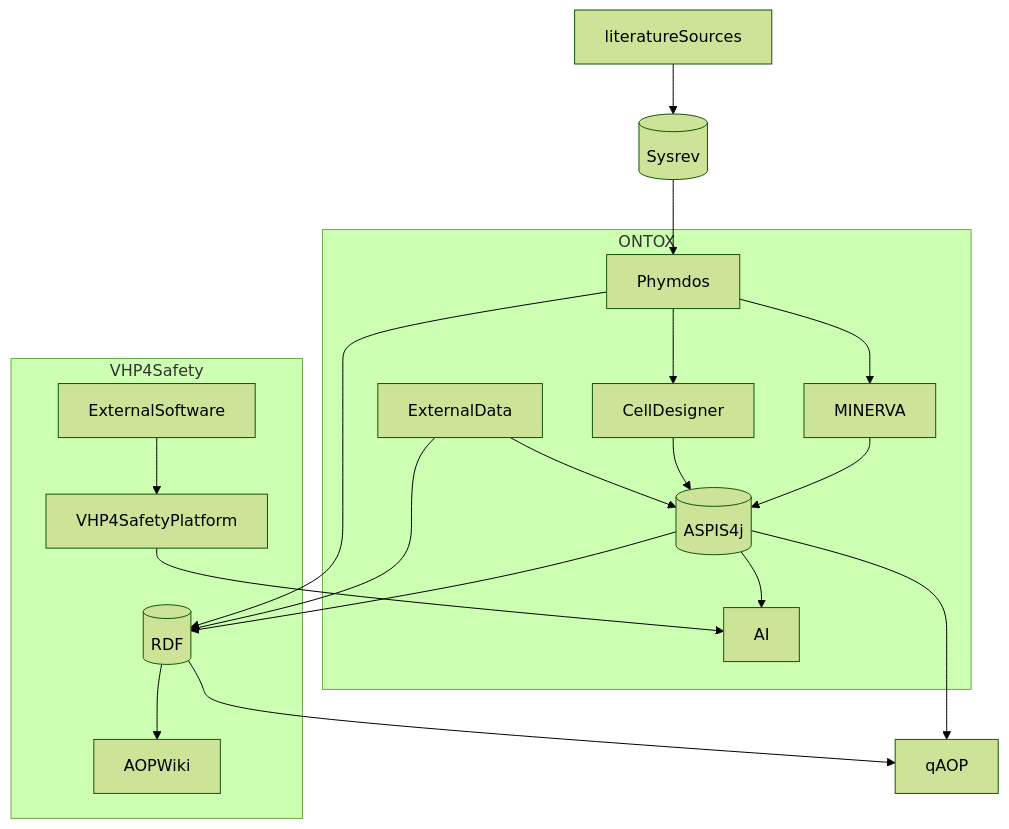
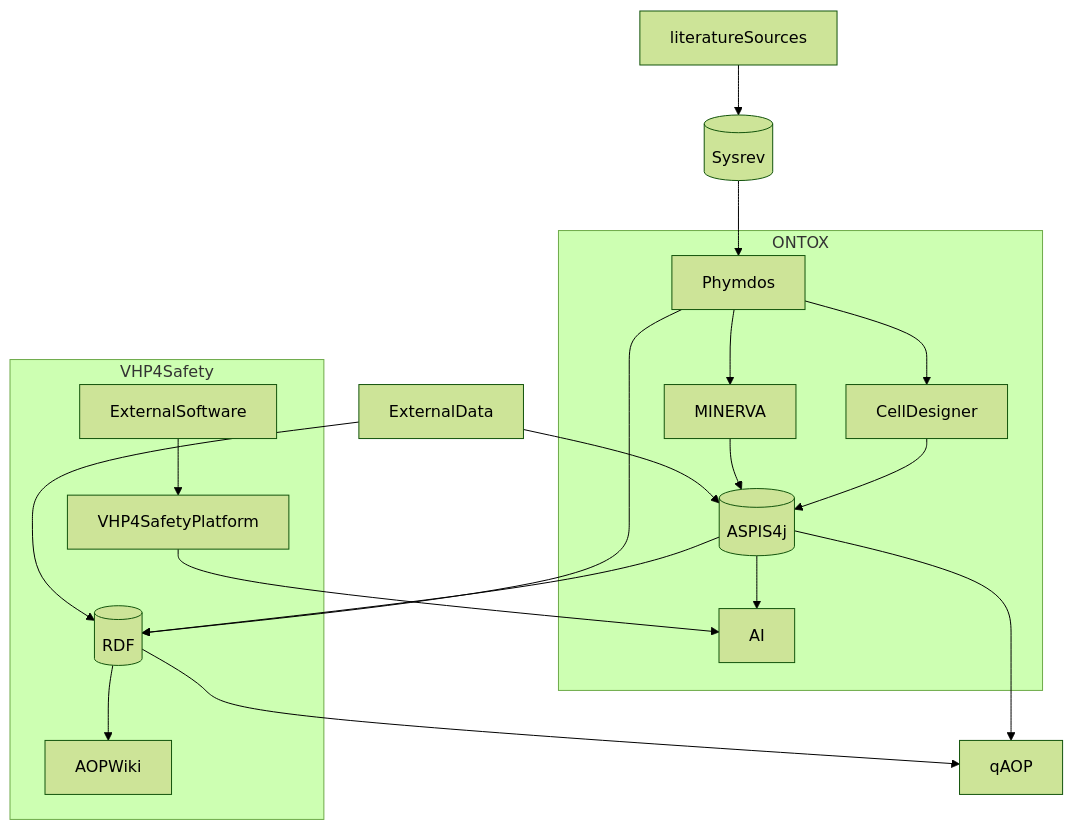
One commit to ontox-hu/workflows changed the diagram in ONTOX-vs-VHP4Safety.md. Above: the diagram before and after it, drawn with Mermaid (forest theme).

````diff
--- a/ONTOX-vs-VHP4Safety.md
+++ b/ONTOX-vs-VHP4Safety.md
@@ -1,30 +1,32 @@
 ```mermaid
 flowchart TB
     literatureSources-->Sysrev[(Sysrev)]
     Sysrev[(Sysrev)]-->Phymdos
     
     subgraph ONTOX
     Phymdos-->MINERVA
     Phymdos-->CellDesigner
-    ExternalData-->ASPIS4j[(ASPIS4j)]
+    
     CellDesigner-->ASPIS4j[(ASPIS4j)]
     MINERVA-->ASPIS4j[(ASPIS4j)]
     ASPIS4j[(ASPIS4j)]-->AI
     
     end
     
     subgraph VHP4Safety
     Phymdos-->RDF[(RDF)]
     RDF[(RDF)]-->AOPWiki
-    ExternalData-->RDF[(RDF)]
+    
     ExternalSoftware-->VHP4SafetyPlatform
     VHP4SafetyPlatform-->AI
     end
     
+    ExternalData-->ASPIS4j[(ASPIS4j)]
     RDF[(RDF)]-->qAOP
     ASPIS4j[(ASPIS4j)]-->qAOP
     ASPIS4j[(ASPIS4j)]-->RDF[(RDF)]
+    ExternalData-->RDF[(RDF)]
     
     
     
 ```
````
